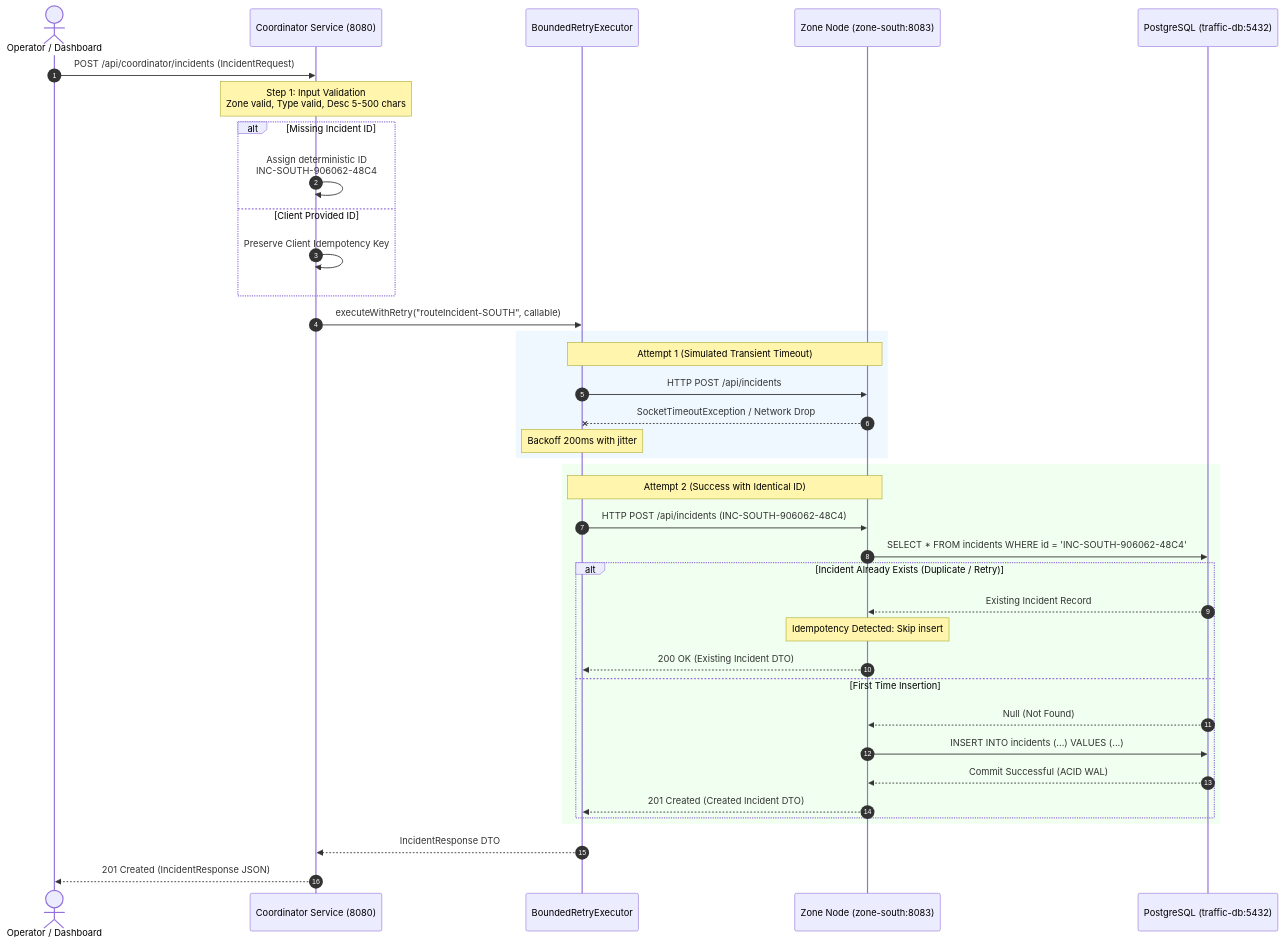
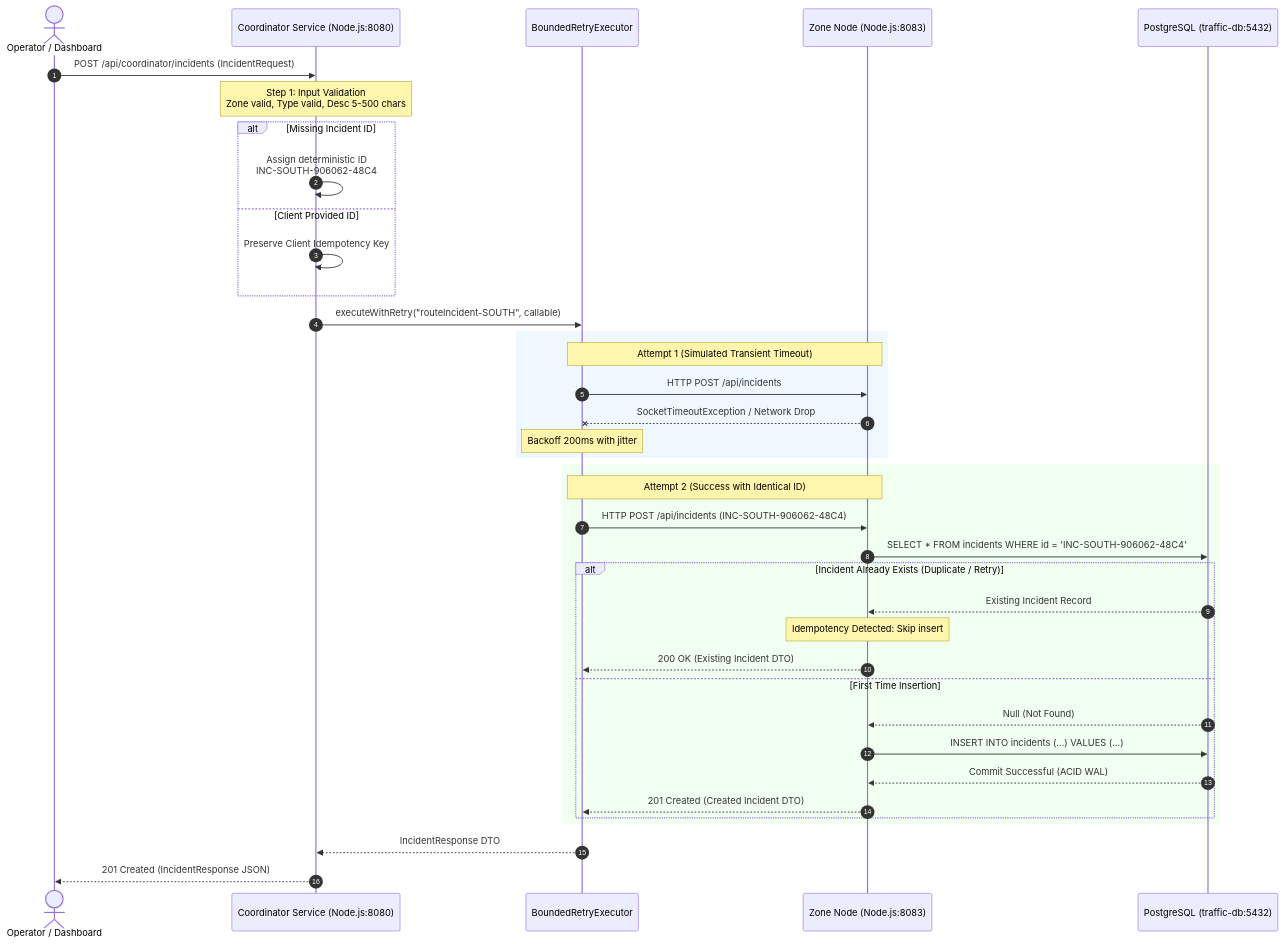
One commit to abishek2429/cloud_package changed the second of 2 diagrams in docs/architecture.md. Above: the diagram before and after it, drawn with Mermaid. The commit also changed other lines of this file and 84 other files, not shown here.

Commit message:
feat: archive java backend services and add new node-based architecture implementation

````diff
--- a/docs/architecture.md
+++ b/docs/architecture.md
@@ -126,46 +104,46 @@
 ```mermaid
 sequenceDiagram
     autonumber
     actor Client as Operator / Dashboard
-    participant Coord as Coordinator Service (8080)
+    participant Coord as Coordinator Service (Node.js:8080)
     participant Retry as BoundedRetryExecutor
-    participant Zone as Zone Node (zone-south:8083)
+    participant Zone as Zone Node (Node.js:8083)
     participant DB as PostgreSQL (traffic-db:5432)
 
     Client->>Coord: POST /api/coordinator/incidents (IncidentRequest)
     Note over Coord: Step 1: Input Validation<br/>Zone valid, Type valid, Desc 5-500 chars
 
     alt Missing Incident ID
         Coord->>Coord: Assign deterministic ID<br/>INC-SOUTH-906062-48C4
     else Client Provided ID
         Coord->>Coord: Preserve Client Idempotency Key
     end
 
     Coord->>Retry: executeWithRetry("routeIncident-SOUTH", callable)
     
     rect rgb(240, 248, 255)
         Note over Retry, Zone: Attempt 1 (Simulated Transient Timeout)
         Retry->>Zone: HTTP POST /api/incidents
         Zone--xRetry: SocketTimeoutException / Network Drop
         Note over Retry: Backoff 200ms with jitter
     end
 
     rect rgb(240, 255, 240)
         Note over Retry, Zone: Attempt 2 (Success with Identical ID)
         Retry->>Zone: HTTP POST /api/incidents (INC-SOUTH-906062-48C4)
         Zone->>DB: SELECT * FROM incidents WHERE id = 'INC-SOUTH-906062-48C4'
         alt Incident Already Exists (Duplicate / Retry)
             DB-->>Zone: Existing Incident Record
             Note over Zone: Idempotency Detected: Skip insert
             Zone-->>Retry: 200 OK (Existing Incident DTO)
         else First Time Insertion
             DB-->>Zone: Null (Not Found)
             Zone->>DB: INSERT INTO incidents (...) VALUES (...)
             DB-->>Zone: Commit Successful (ACID WAL)
             Zone-->>Retry: 201 Created (Created Incident DTO)
         end
     end
 
     Retry-->>Coord: IncidentResponse DTO
     Coord-->>Client: 201 Created (IncidentResponse JSON)
 ```
````
